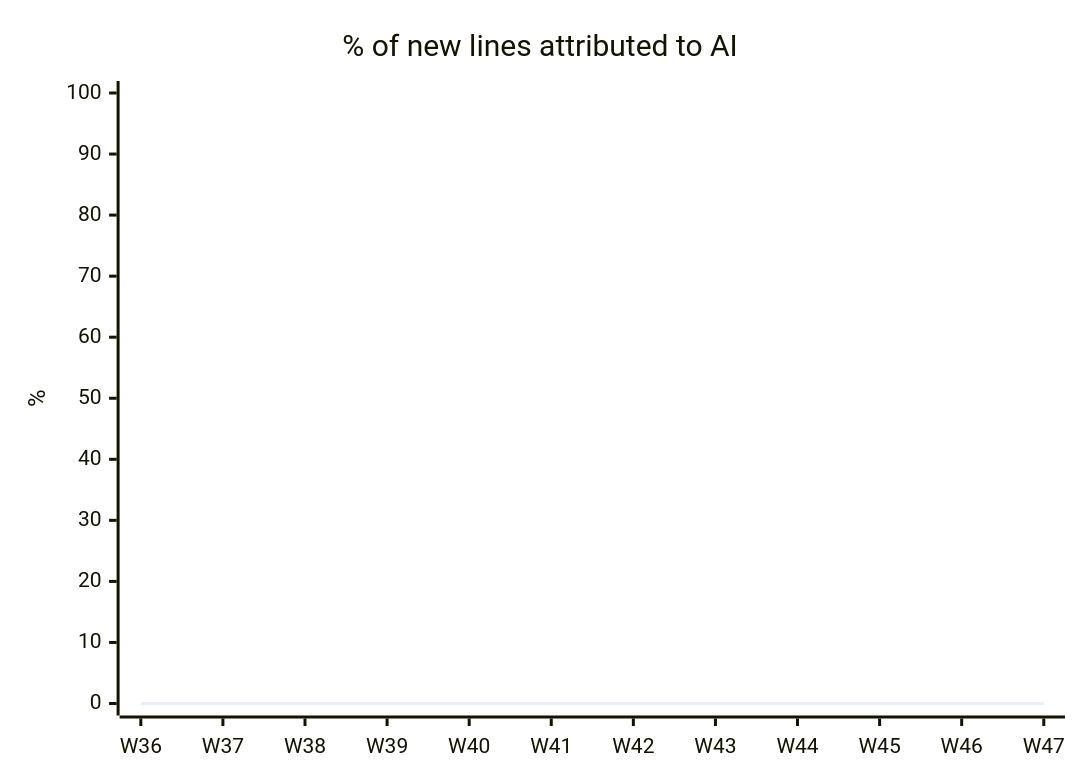
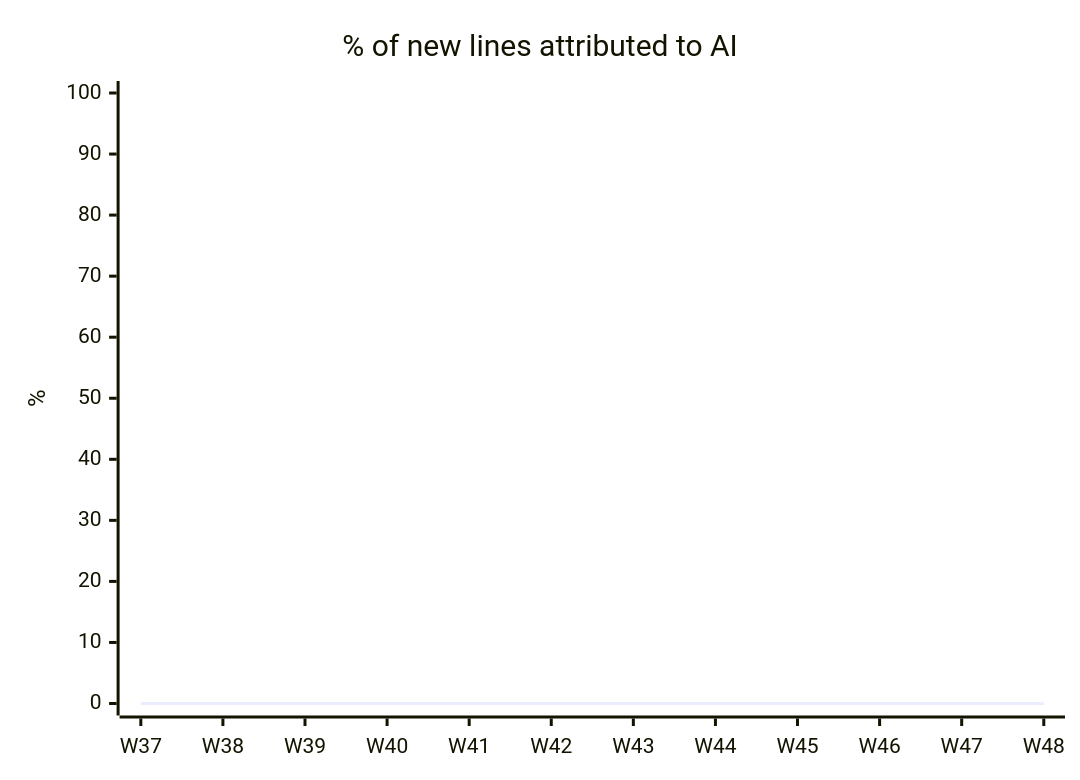
Before and after one commit to fromwaydowntown/ai-use: the diagram in docs/AI_USAGE.md, drawn with Mermaid. The commit also changed other lines of this file, not shown here.

````diff
--- a/docs/AI_USAGE.md
+++ b/docs/AI_USAGE.md
@@ -17,7 +17,7 @@
 ```mermaid
 xychart-beta
     title "% of new lines attributed to AI"
-    x-axis ["W36", "W37", "W38", "W39", "W40", "W41", "W42", "W43", "W44", "W45", "W46", "W47"]
+    x-axis ["W37", "W38", "W39", "W40", "W41", "W42", "W43", "W44", "W45", "W46", "W47", "W48"]
     y-axis "%" 0 --> 100
     line [0, 0, 0, 0, 0, 0, 0, 0, 0, 0, 0, 0]
 ```
````
